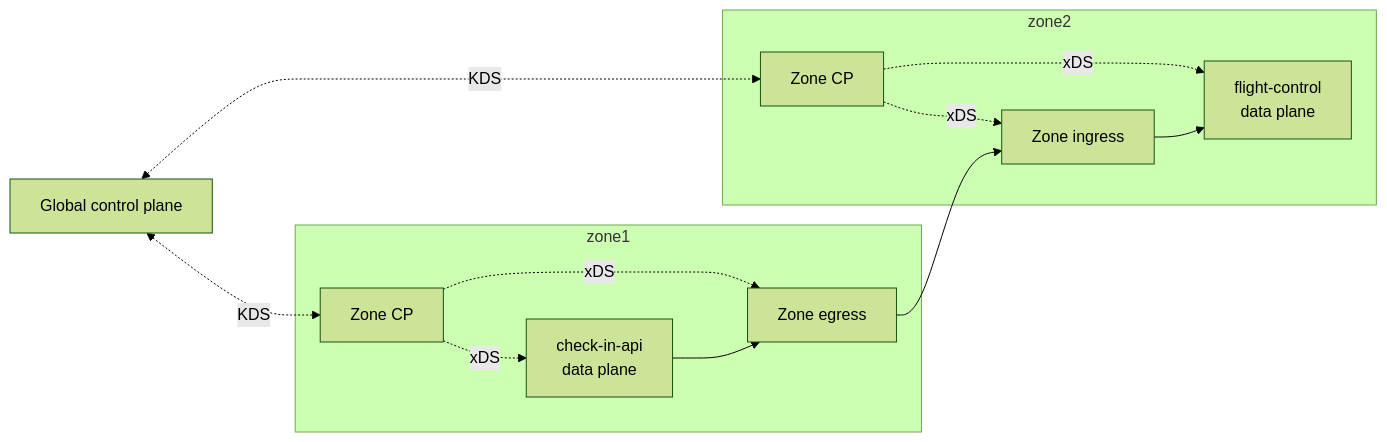
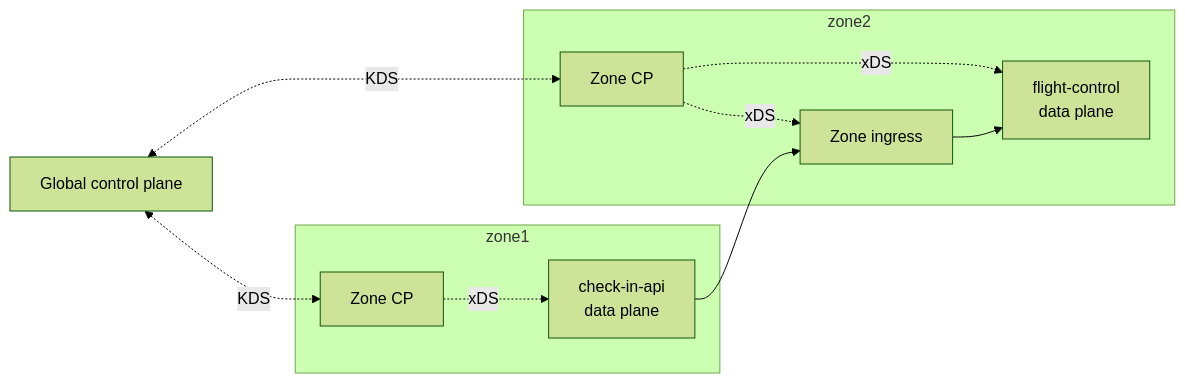
Before and after one commit to Kong/developer.konghq.com: the diagram in app/mesh/multi-zone-architecture.md, drawn with Mermaid (forest theme). The commit also changed other lines of this file and 16 other files, not shown here.

```diff
--- a/app/mesh/multi-zone-architecture.md
+++ b/app/mesh/multi-zone-architecture.md
@@ -60,26 +61,23 @@
 {% mermaid %}
 flowchart LR
     K["Global control plane"]
 
     subgraph Z1["zone1"]
       C1["Zone CP"]
       A1["check-in-api<br/>data plane"]
-      E1["Zone egress"]
     end
 
     subgraph Z2["zone2"]
       C2["Zone CP"]
       I2["Zone ingress"]
       A2["flight-control<br/>data plane"]
     end
 
     K <-.->|KDS| C1
     K <-.->|KDS| C2
     C1 -.->|xDS| A1
-    C1 -.->|xDS| E1
     C2 -.->|xDS| I2
     C2 -.->|xDS| A2
-    A1 --> E1
-    E1 --> I2
+    A1 --> I2
     I2 --> A2
 {% endmermaid %}
```
